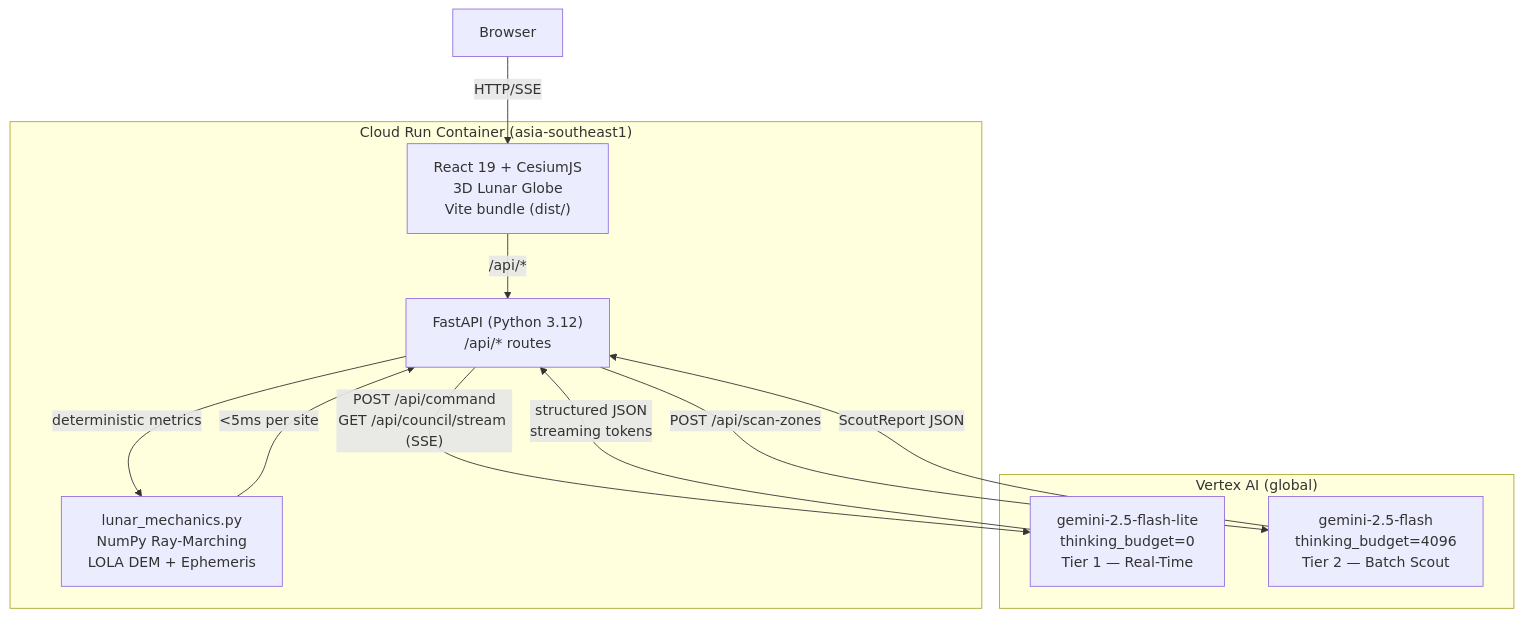
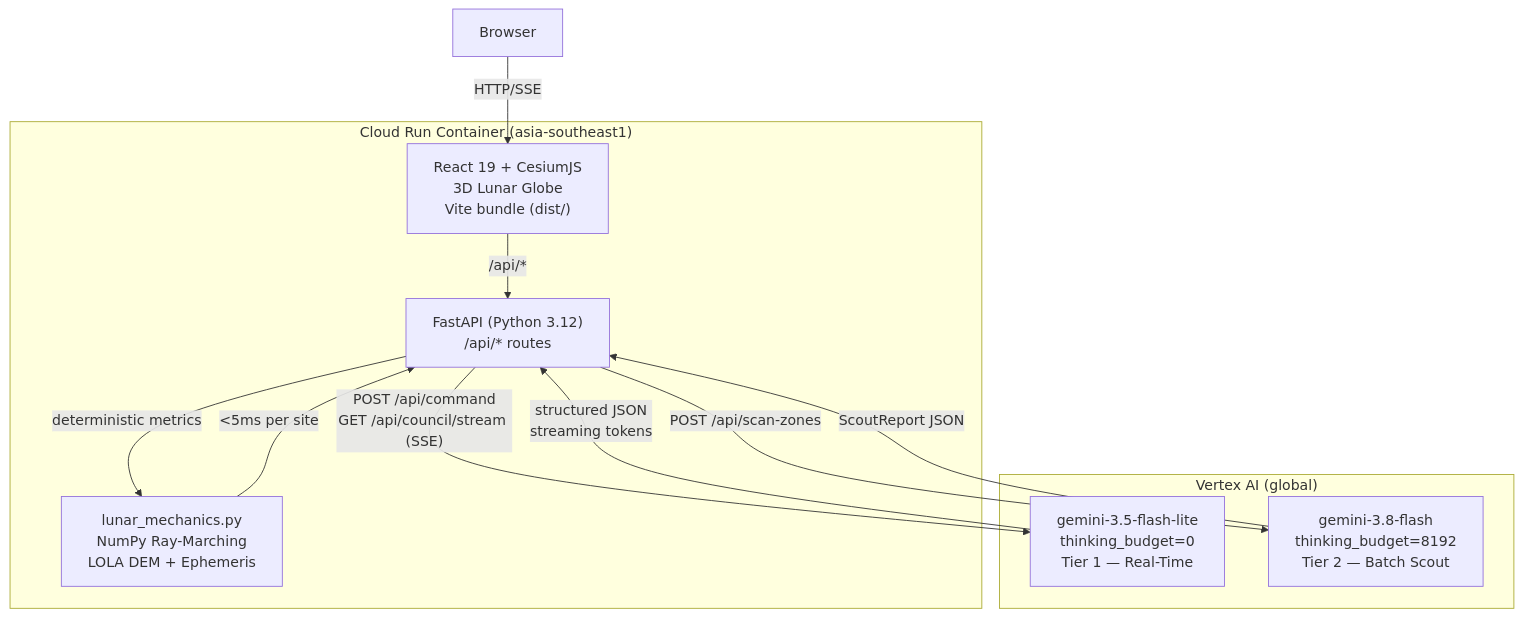
One commit to sohailrqureshi/nasa-space-challenge-2026 changed the diagram in README.md. Above: the diagram before and after it, drawn with Mermaid. The commit also changed other lines of this file and 29 other files, not shown here.

````diff
--- a/README.md
+++ b/README.md
@@ -11,22 +14,22 @@
 ```mermaid
 graph TB
     subgraph "Cloud Run Container (asia-southeast1)"
         FE["React 19 + CesiumJS\n3D Lunar Globe\nVite bundle (dist/)"]
         BE["FastAPI (Python 3.12)\n/api/* routes"]
         PHY["lunar_mechanics.py\nNumPy Ray-Marching\nLOLA DEM + Ephemeris"]
     end
 
     subgraph "Vertex AI (global)"
-        F1["gemini-2.5-flash-lite\nthinking_budget=0\nTier 1 — Real-Time"]
-        F2["gemini-2.5-flash\nthinking_budget=4096\nTier 2 — Batch Scout"]
+        F1["gemini-3.5-flash-lite\nthinking_budget=0\nTier 1 — Real-Time"]
+        F2["gemini-3.8-flash\nthinking_budget=8192\nTier 2 — Batch Scout"]
     end
 
     USER["Browser"] -->|"HTTP/SSE"| FE
     FE -->|"/api/*"| BE
     BE -->|"deterministic metrics"| PHY
     PHY -->|"<5ms per site"| BE
     BE -->|"POST /api/command\nGET /api/council/stream (SSE)"| F1
     BE -->|"POST /api/scan-zones"| F2
     F1 -->|"structured JSON\nstreaming tokens"| BE
     F2 -->|"ScoutReport JSON"| BE
 ```
````
